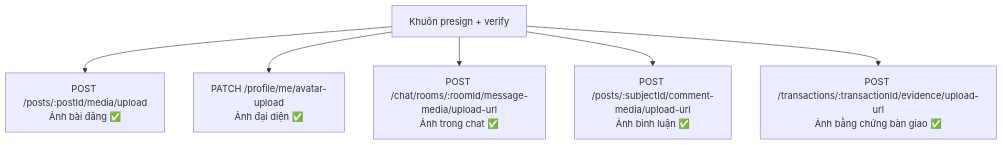
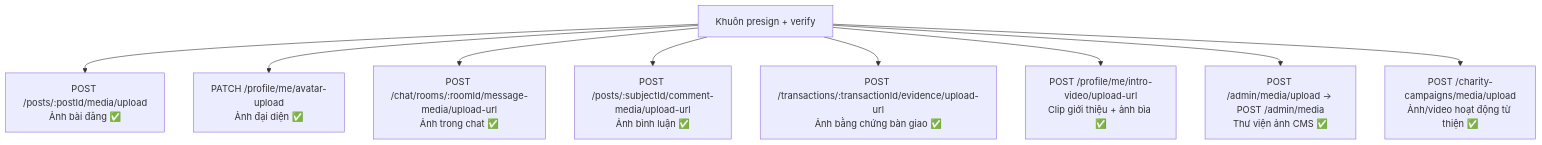
The third of 5 diagrams in docs/diagram/03-media.md (fdshn/trueheart), drawn with Mermaid before and after one commit. The commit also changed other lines of this file and 49 other files, not shown here.

````diff
--- a/docs/diagram/03-media.md
+++ b/docs/diagram/03-media.md
@@ -87,8 +89,11 @@
 ```mermaid
 flowchart TD
     M["Khuôn presign + verify"] --> A["POST /posts/:postId/media/upload<br/>Ảnh bài đăng ✅"]
     M --> B["PATCH /profile/me/avatar-upload<br/>Ảnh đại diện ✅"]
     M --> C["POST /chat/rooms/:roomId/message-media/upload-url<br/>Ảnh trong chat ✅"]
     M --> D["POST /posts/:subjectId/comment-media/upload-url<br/>Ảnh bình luận ✅"]
     M --> E["POST /transactions/:transactionId/evidence/upload-url<br/>Ảnh bằng chứng bàn giao ✅"]
+    M --> F["POST /profile/me/intro-video/upload-url<br/>Clip giới thiệu + ảnh bìa ✅"]
+    M --> G["POST /admin/media/upload → POST /admin/media<br/>Thư viện ảnh CMS ✅"]
+    M --> H["POST /charity-campaigns/media/upload<br/>Ảnh/video hoạt động từ thiện ✅"]
 ```
````
